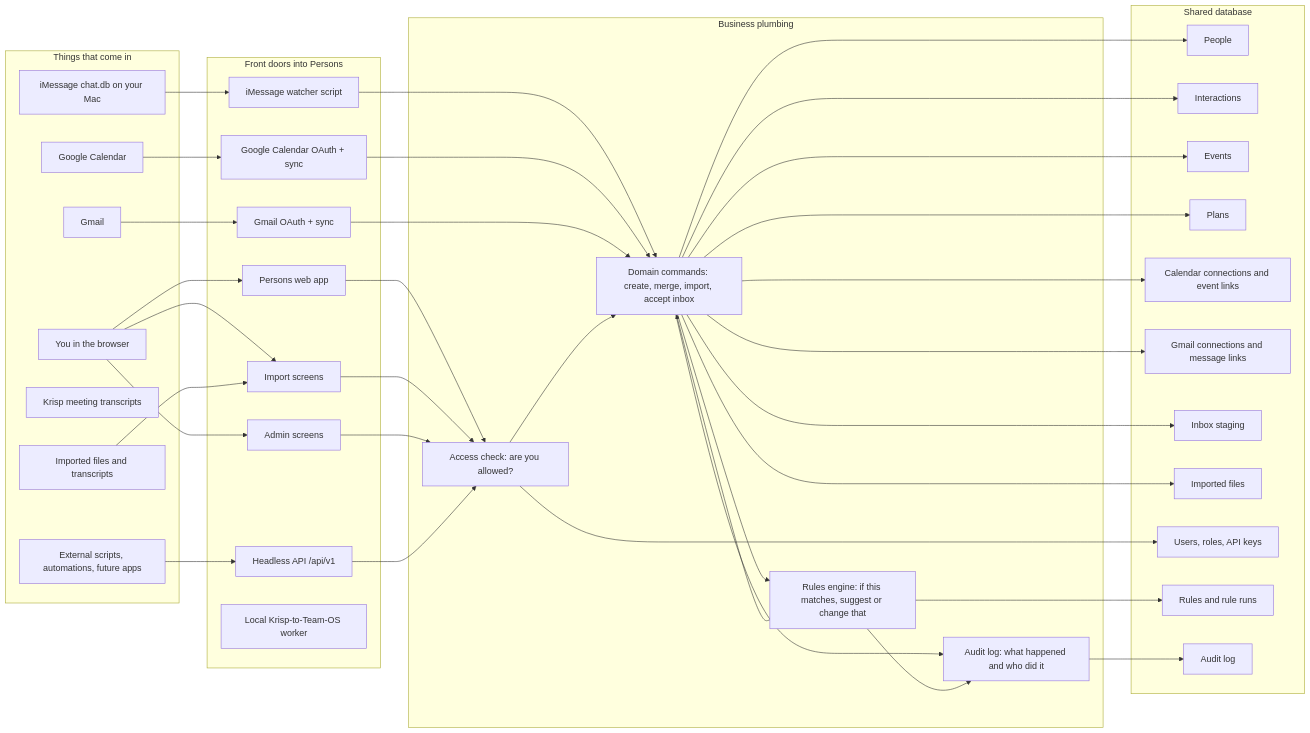
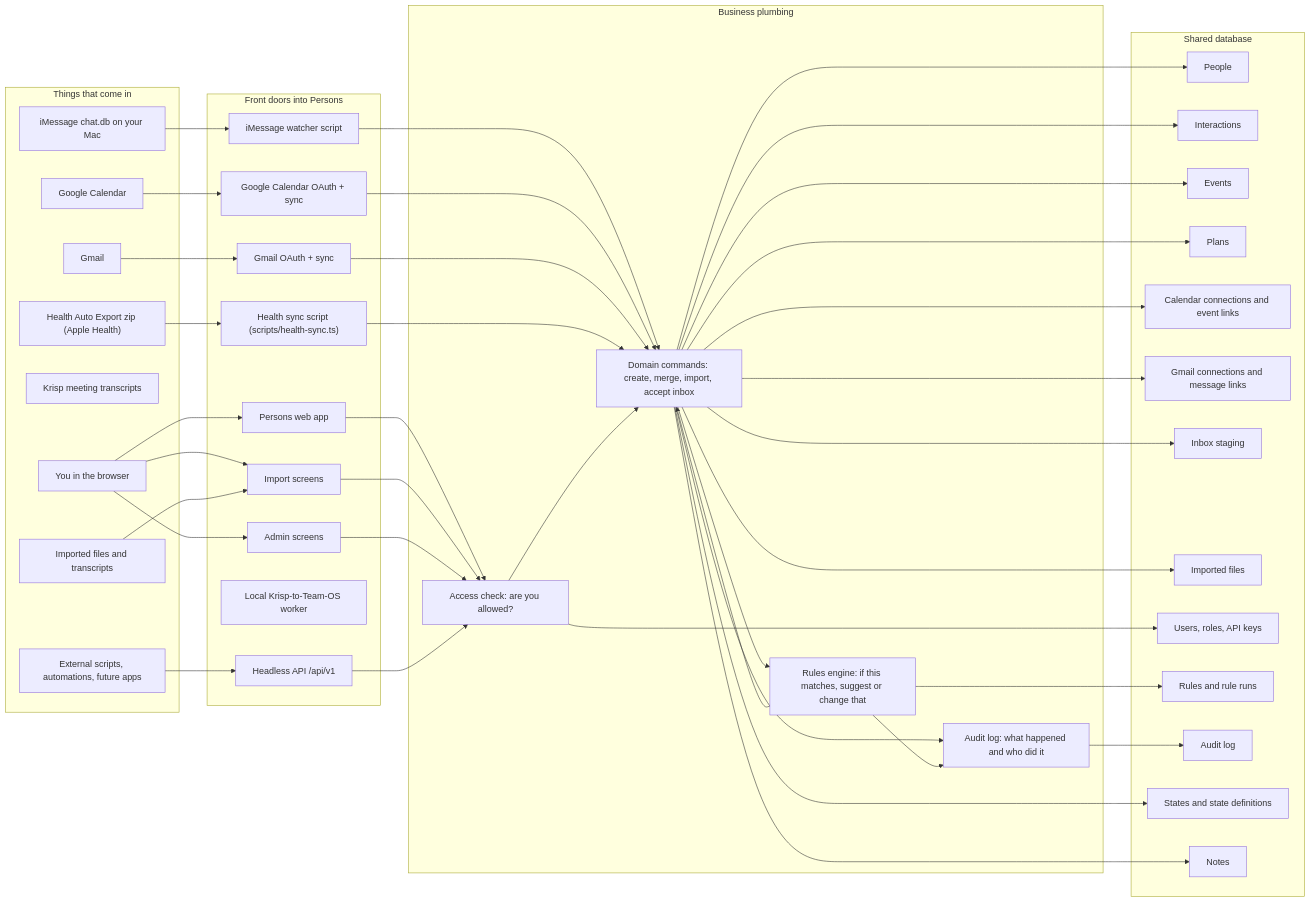
One commit to josephdfryer/life-os changed the first of 20 diagrams in docs/PERSONS_ARCHITECTURE.md. Above: the diagram before and after it, drawn with Mermaid. The commit also changed other lines of this file and 20 other files, not shown here.

```diff
--- a/docs/PERSONS_ARCHITECTURE.md
+++ b/docs/PERSONS_ARCHITECTURE.md
@@ -23,6 +23,7 @@
     Krisp["Krisp meeting transcripts"]
     Files["Imported files and transcripts"]
     ExternalTools["External scripts, automations, future apps"]
+    HealthExport["Health Auto Export zip (Apple Health)"]
   end
 
   subgraph FrontDoors["Front doors into Persons"]
@@ -34,6 +35,7 @@
     CalendarOAuth["Google Calendar OAuth + sync"]
     GmailOAuth["Gmail OAuth + sync"]
     KrispWorker["Local Krisp-to-Team-OS worker"]
+    HealthSync["Health sync script (scripts/health-sync.ts)"]
   end
 
   subgraph Plumbing["Business plumbing"]
@@ -55,6 +57,8 @@
     AccessDB["Users, roles, API keys"]
     RulesDB["Rules and rule runs"]
     AuditDB["Audit log"]
+    StatesDB["States and state definitions"]
+    NotesDB["Notes"]
   end
 
   Human --> UI
@@ -65,6 +69,7 @@
   Gmail --> GmailOAuth
   Files --> ImportUI
   ExternalTools --> PublicAPI
+  HealthExport --> HealthSync
 
   UI --> Access
   ImportUI --> Access
@@ -73,6 +78,7 @@
   Watcher --> Commands
   CalendarOAuth --> Commands
   GmailOAuth --> Commands
+  HealthSync --> Commands
 
   Access --> Commands
   Commands --> Rules
@@ -88,6 +94,8 @@
   Commands --> GmailDB
   Commands --> Inbox
   Commands --> FilesDB
+  Commands --> StatesDB
+  Commands --> NotesDB
   Access --> AccessDB
   Rules --> RulesDB
   Audit --> AuditDB
```
